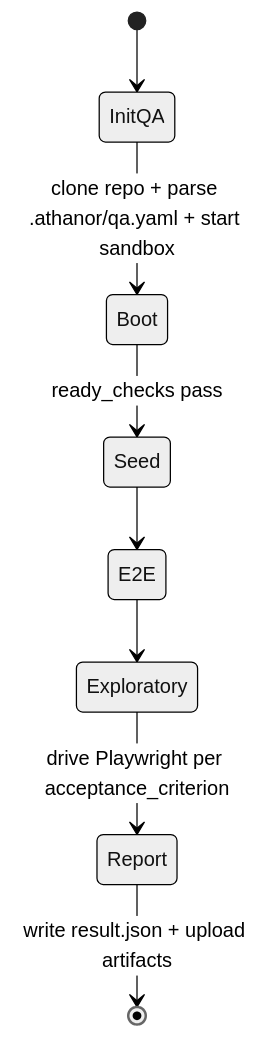
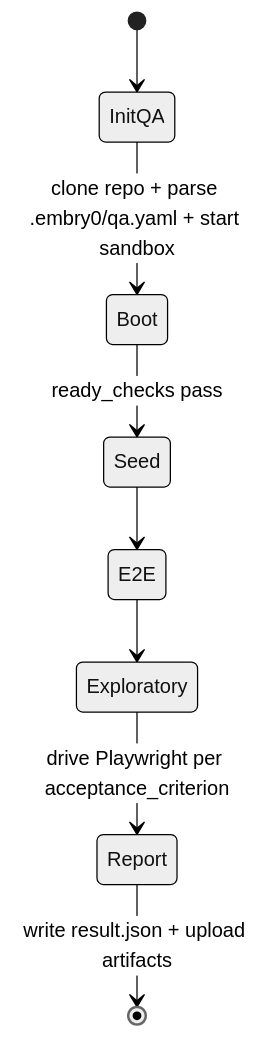
Before and after one commit to sudoTomas/embry0: the fourth of 4 diagrams in README.md, drawn with Mermaid (neutral theme). The commit also changed other lines of this file and 6 other files, not shown here.

````diff
--- a/README.md
+++ b/README.md
@@ -150,10 +150,10 @@
 ```mermaid
 stateDiagram-v2
     [*] --> InitQA
-    InitQA --> Boot: clone repo + parse .athanor/qa.yaml + start sandbox
+    InitQA --> Boot: clone repo + parse .embry0/qa.yaml + start sandbox
     Boot --> Seed: ready_checks pass
     Seed --> E2E
     E2E --> Exploratory
     Exploratory --> Report: drive Playwright per acceptance_criterion
     Report --> [*]: write result.json + upload artifacts
 ```
````
